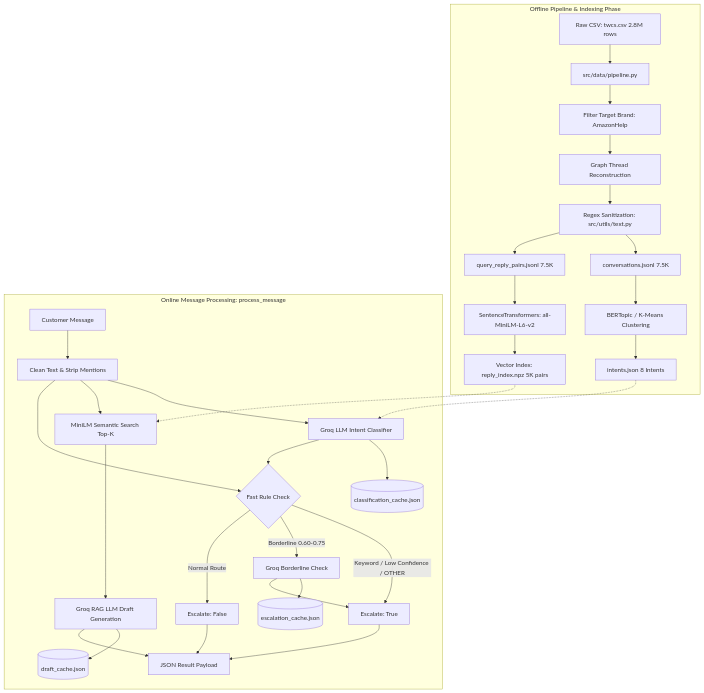
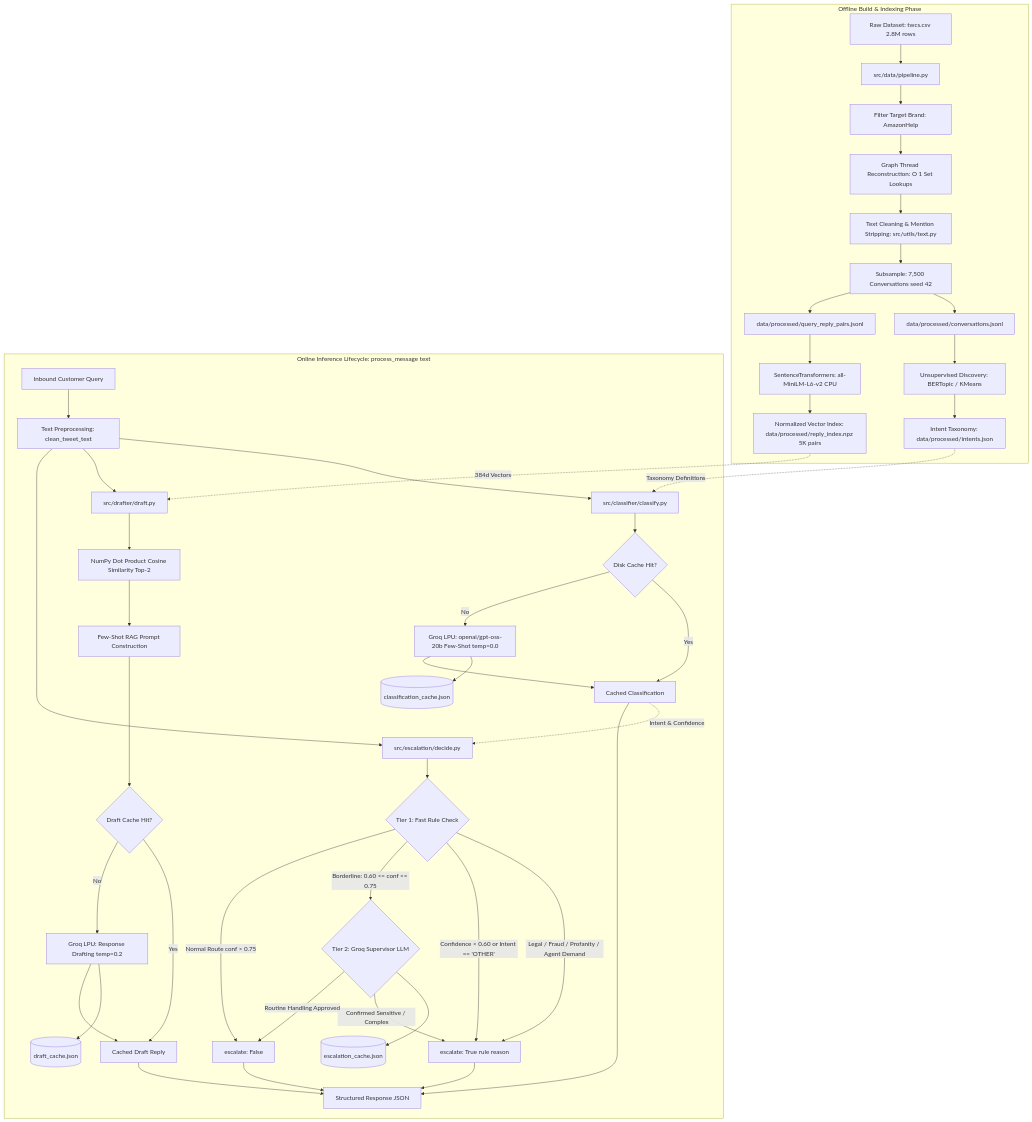
The diagram in README.md (adisri19/autocx), drawn with Mermaid before and after one commit. The commit also changed other lines of this file, not shown here.

Commit message:
docs: rewrite README with full architecture, benchmark results, and failure analysis

````diff
--- a/README.md
+++ b/README.md
@@ -25,39 +31,58 @@
 ```mermaid
 flowchart TD
-    subgraph offline [Offline Pipeline & Indexing Phase]
-        CSV[Raw CSV: twcs.csv 2.8M rows] --> DataPipe[src/data/pipeline.py]
-        DataPipe --> Filter[Filter Target Brand: AmazonHelp]
-        Filter --> Reconstruct[Graph Thread Reconstruction]
-        Reconstruct --> Clean[Regex Sanitization: src/utils/text.py]
-        Clean --> Convs[conversations.jsonl 7.5K]
-        Clean --> Pairs[query_reply_pairs.jsonl 7.5K]
-        Convs --> Cluster[BERTopic / K-Means Clustering]
-        Cluster --> Intents[intents.json 8 Intents]
-        Pairs --> Embed[SentenceTransformers: all-MiniLM-L6-v2]
-        Embed --> Index[Vector Index: reply_index.npz 5K pairs]
+    subgraph offline ["Offline Build & Indexing Phase"]
+        A1[Raw Dataset: twcs.csv 2.8M rows] --> A2[src/data/pipeline.py]
+        A2 --> A3[Filter Target Brand: AmazonHelp]
+        A3 --> A4[Graph Thread Reconstruction: O 1 Set Lookups]
+        A4 --> A5[Text Cleaning & Mention Stripping: src/utils/text.py]
+        A5 --> A6[Subsample: 7,500 Conversations seed 42]
+        A6 --> A7[data/processed/conversations.jsonl]
+        A6 --> A8[data/processed/query_reply_pairs.jsonl]
+        A7 --> A9[Unsupervised Discovery: BERTopic / KMeans]
+        A9 --> A10[Intent Taxonomy: data/processed/intents.json]
+        A8 --> A11[SentenceTransformers: all-MiniLM-L6-v2 CPU]
+        A11 --> A12[Normalized Vector Index: data/processed/reply_index.npz 5K pairs]
     end
 
-    subgraph online [Online Message Processing: process_message]
-        Inbound[Customer Message] --> Preprocess[Clean Text & Strip Mentions]
-        Preprocess --> Classifier[Groq LLM Intent Classifier]
-        Intents -.-> Classifier
-        Classifier --> Cache1[(classification_cache.json)]
+    subgraph online ["Online Inference Lifecycle: process_message text"]
+        B1[Inbound Customer Query] --> B2[Text Preprocessing: clean_tweet_text]
         
-        Preprocess --> Drafter[MiniLM Semantic Search Top-K]
-        Index -.-> Drafter
-        Drafter --> RAG[Groq RAG LLM Draft Generation]
-        RAG --> Cache2[(draft_cache.json)]
+        %% Step 1: Classification
+        B2 --> B3[src/classifier/classify.py]
+        A10 -. Taxonomy Definitions .-> B3
+        B3 --> B4{Disk Cache Hit?}
+        B4 -- Yes --> B6[Cached Classification]
+        B4 -- No --> B5[Groq LPU: openai/gpt-oss-20b Few-Shot temp=0.0]
+        B5 --> B7[(classification_cache.json)]
+        B5 --> B6
         
-        Preprocess --> Escalation{Fast Rule Check}
-        Classifier --> Escalation
-        Escalation -- Keyword / Low Confidence / OTHER --> Escalate[Escalate: True]
-        Escalation -- Borderline 0.60-0.75 --> LLMEsc[Groq Borderline Check]
-        LLMEsc --> Cache3[(escalation_cache.json)]
-        LLMEsc --> Escalate
-        Escalation -- Normal Route --> AutoReply[Escalate: False]
+        %% Step 2: Semantic Retrieval & Drafting
+        B2 --> C1[src/drafter/draft.py]
+        A12 -. 384d Vectors .-> C1
+        C1 --> C2[NumPy Dot Product Cosine Similarity Top-2]
+        C2 --> C3[Few-Shot RAG Prompt Construction]
+        C3 --> C4{Draft Cache Hit?}
+        C4 -- Yes --> C6[Cached Draft Reply]
+        C4 -- No --> C5[Groq LPU: Response Drafting temp=0.2]
+        C5 --> C7[(draft_cache.json)]
+        C5 --> C6
         
-        RAG --> FinalResponse[JSON Result Payload]
-        Escalate --> FinalResponse
-        AutoReply --> FinalResponse
+        %% Step 3: Hybrid Escalation
+        B2 --> D1[src/escalation/decide.py]
+        B6 -. Intent & Confidence .-> D1
+        D1 --> D2{Tier 1: Fast Rule Check}
+        D2 -- Legal / Fraud / Profanity / Agent Demand --> D3[escalate: True rule reason]
+        D2 -- Confidence < 0.60 or Intent == 'OTHER' --> D3
+        D2 -- Borderline: 0.60 <= conf <= 0.75 --> D4{Tier 2: Groq Supervisor LLM}
+        D4 --> D5[(escalation_cache.json)]
+        D4 -- Confirmed Sensitive / Complex --> D3
+        D4 -- Routine Handling Approved --> D6[escalate: False]
+        D2 -- Normal Route conf > 0.75 --> D6
+        
+        %% Assembly
+        B6 --> E1[Structured Response JSON]
+        C6 --> E1
+        D3 --> E1
+        D6 --> E1
     end
 ```
````
